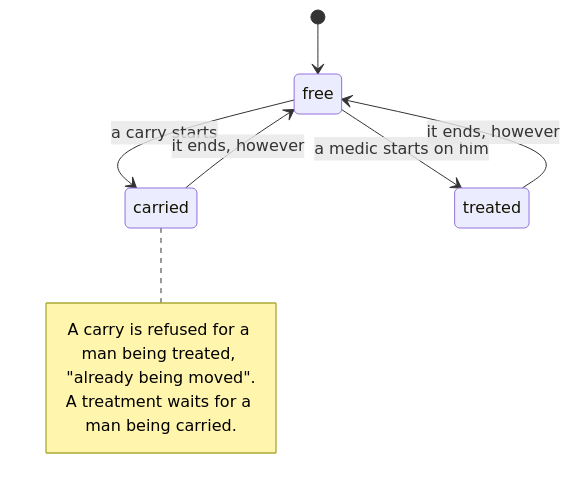
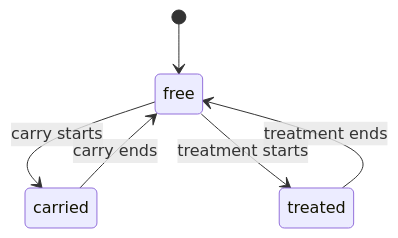
Diagram 12 of 23 in docs/COMMANDER_MODEL.md (Neefay/arma3-llm-harness), drawn with Mermaid before and after one commit. The commit also changed other lines of this file and 1 other file, not shown here.

````diff
--- a/docs/COMMANDER_MODEL.md
+++ b/docs/COMMANDER_MODEL.md
@@ -805,12 +432,8 @@
 ```mermaid
 stateDiagram-v2
   [*] --> free
-  free --> carried: a carry starts
-  carried --> free: it ends, however
-  free --> treated: a medic starts on him
-  treated --> free: it ends, however
-  note right of carried
-    A carry is refused for a man being treated, "already being moved".
-    A treatment waits for a man being carried.
-  end note
+  free --> carried: carry starts
+  carried --> free: carry ends
+  free --> treated: treatment starts
+  treated --> free: treatment ends
 ```
````
